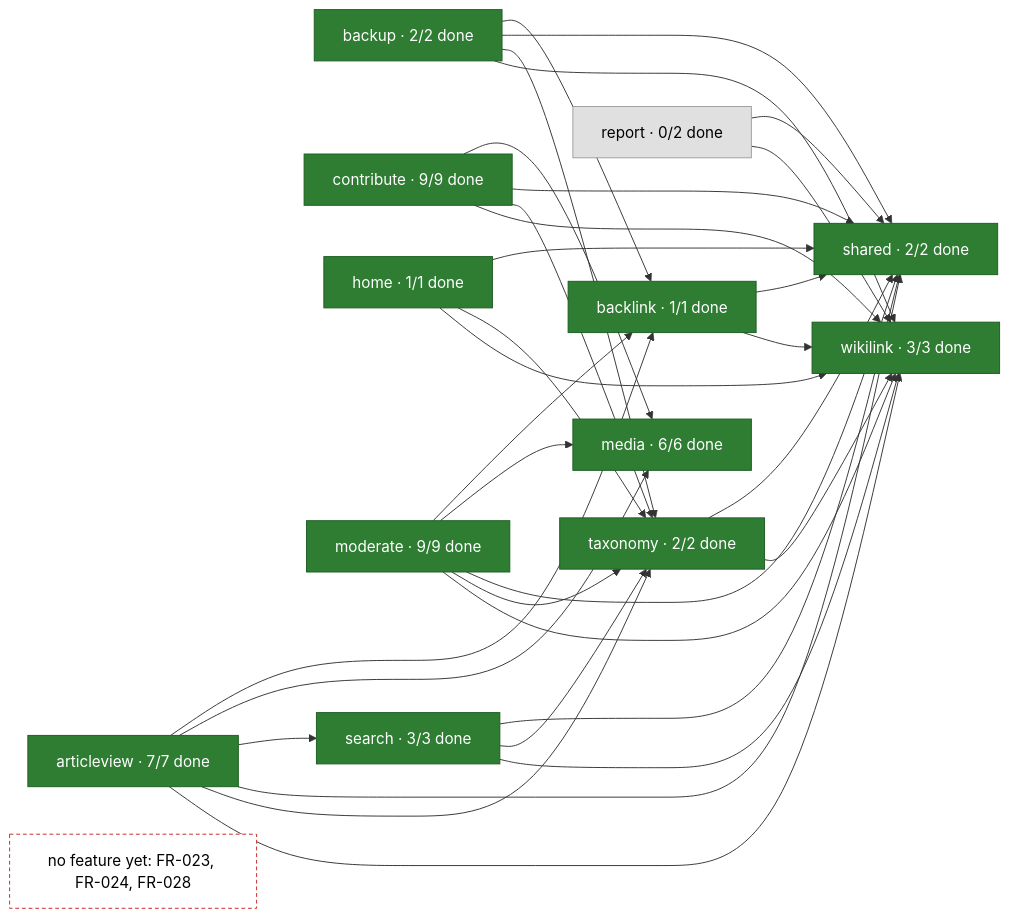
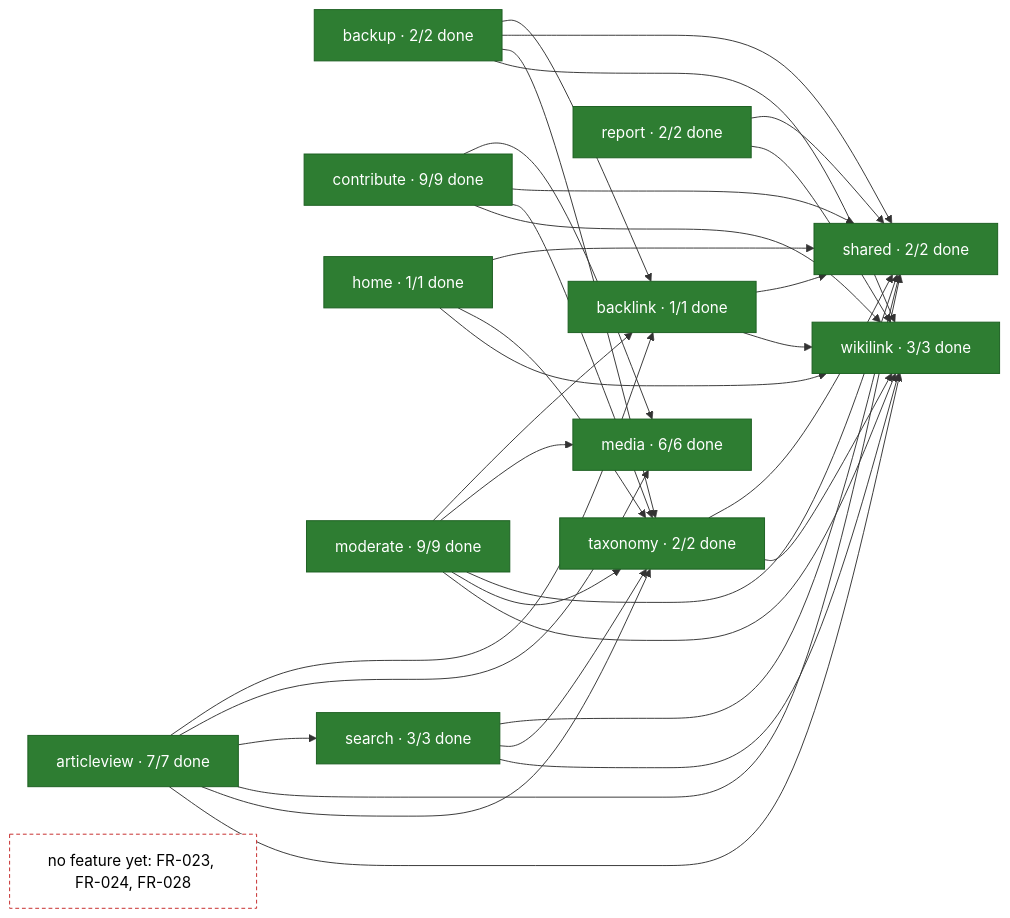
One commit to rikire/Exchange-Student-Guide-Platform changed the second of 2 diagrams in docs/gap-list.md. Above: the diagram before and after it, drawn with Mermaid. The commit also changed other lines of this file and 4 other files, not shown here.

````diff
--- a/docs/gap-list.md
+++ b/docs/gap-list.md
@@ -24,51 +24,51 @@
 ```mermaid
 flowchart LR
     articleview["articleview · 7/7 done"]:::done
     backlink["backlink · 1/1 done"]:::done
     backup["backup · 2/2 done"]:::done
     contribute["contribute · 9/9 done"]:::done
     home["home · 1/1 done"]:::done
     media["media · 6/6 done"]:::done
     moderate["moderate · 9/9 done"]:::done
-    report["report · 0/2 done"]:::none
+    report["report · 2/2 done"]:::done
     search["search · 3/3 done"]:::done
     shared["shared · 2/2 done"]:::done
     taxonomy["taxonomy · 2/2 done"]:::done
     wikilink["wikilink · 3/3 done"]:::done
     unmapped["no feature yet: FR-023, FR-024, FR-028"]:::unmapped
     articleview --> backlink
     articleview --> media
     articleview --> search
     articleview --> shared
     articleview --> taxonomy
     articleview --> wikilink
     backlink --> shared
     backlink --> wikilink
     backup --> backlink
     backup --> shared
     backup --> taxonomy
     backup --> wikilink
     contribute --> media
     contribute --> shared
     contribute --> taxonomy
     contribute --> wikilink
     home --> shared
     home --> taxonomy
     home --> wikilink
     moderate --> backlink
     moderate --> media
     moderate --> shared
     moderate --> taxonomy
     moderate --> wikilink
     report --> shared
     report --> wikilink
     search --> shared
     search --> taxonomy
     search --> wikilink
     taxonomy --> shared
     taxonomy --> wikilink
     classDef done fill:#2e7d32,stroke:#1b5e20,color:#ffffff
     classDef partial fill:#f9a825,stroke:#f57f17,color:#000000
     classDef none fill:#e0e0e0,stroke:#9e9e9e,color:#000000
     classDef unmapped fill:#ffffff,stroke:#c62828,stroke-dasharray:4 3,color:#000000
 ```
````
